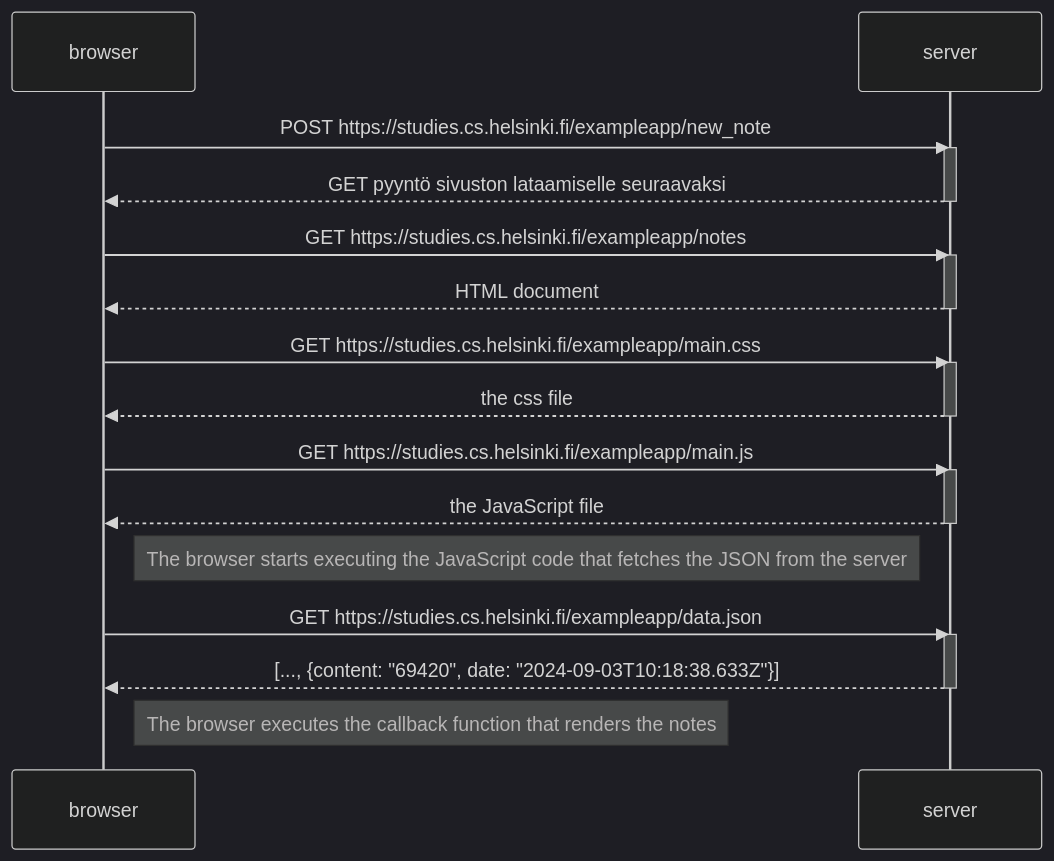
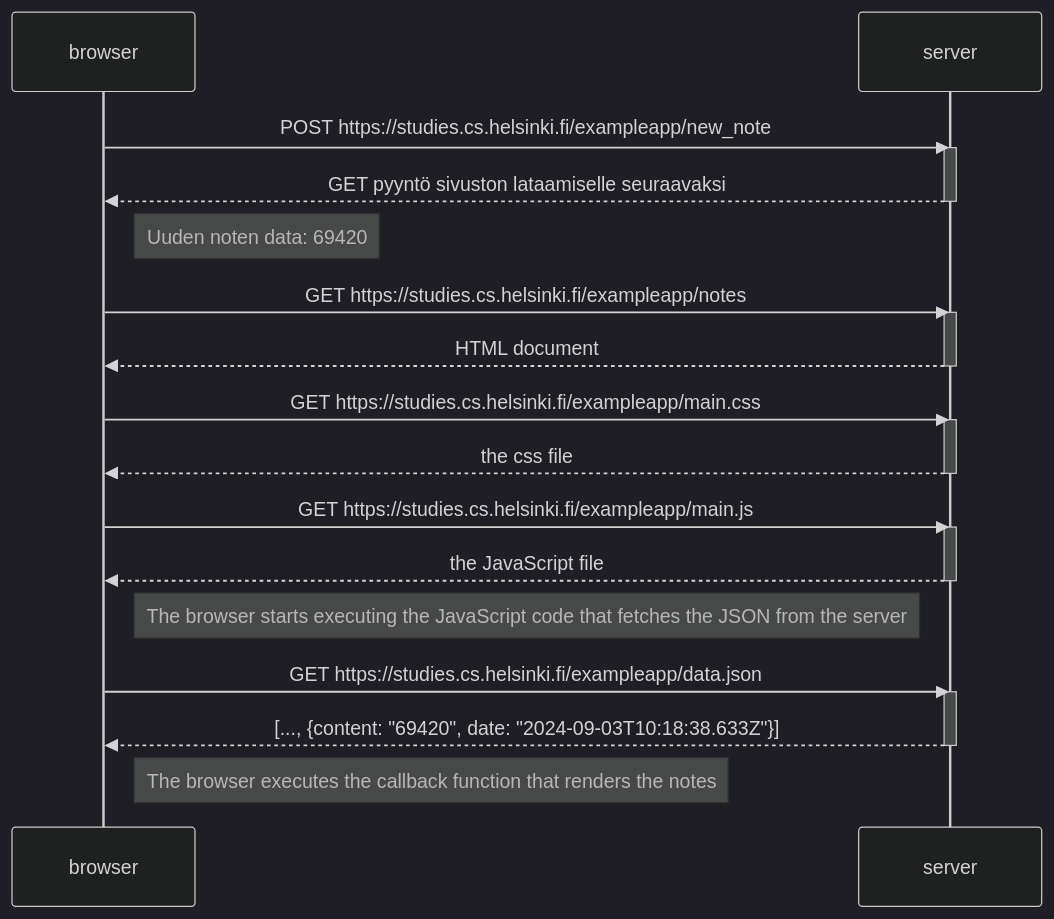
One commit to Seakorv/FullStackOpen changed the diagram in osa0/0_4.md. Above: the diagram before and after it, drawn with Mermaid (dark theme).

````diff
--- a/osa0/0_4.md
+++ b/osa0/0_4.md
@@ -1,34 +1,36 @@
 ```mermaid
 sequenceDiagram
     participant browser
     participant server
     
     browser->>server: POST https://studies.cs.helsinki.fi/exampleapp/new_note
     activate server
     server-->>browser: GET pyyntö sivuston lataamiselle seuraavaksi
     deactivate server
+
+    Note right of browser: Uuden noten data: 69420
 
     browser->>server: GET https://studies.cs.helsinki.fi/exampleapp/notes
     activate server
     server-->>browser: HTML document
     deactivate server
     
     browser->>server: GET https://studies.cs.helsinki.fi/exampleapp/main.css
     activate server
     server-->>browser: the css file
     deactivate server
     
     browser->>server: GET https://studies.cs.helsinki.fi/exampleapp/main.js
     activate server
     server-->>browser: the JavaScript file
     deactivate server
     
     Note right of browser: The browser starts executing the JavaScript code that fetches the JSON from the server
     
     browser->>server: GET https://studies.cs.helsinki.fi/exampleapp/data.json
     activate server
     server-->>browser: [..., {content: "69420", date: "2024-09-03T10:18:38.633Z"}]
     deactivate server    
 
     Note right of browser: The browser executes the callback function that renders the notes 
 ```
````
